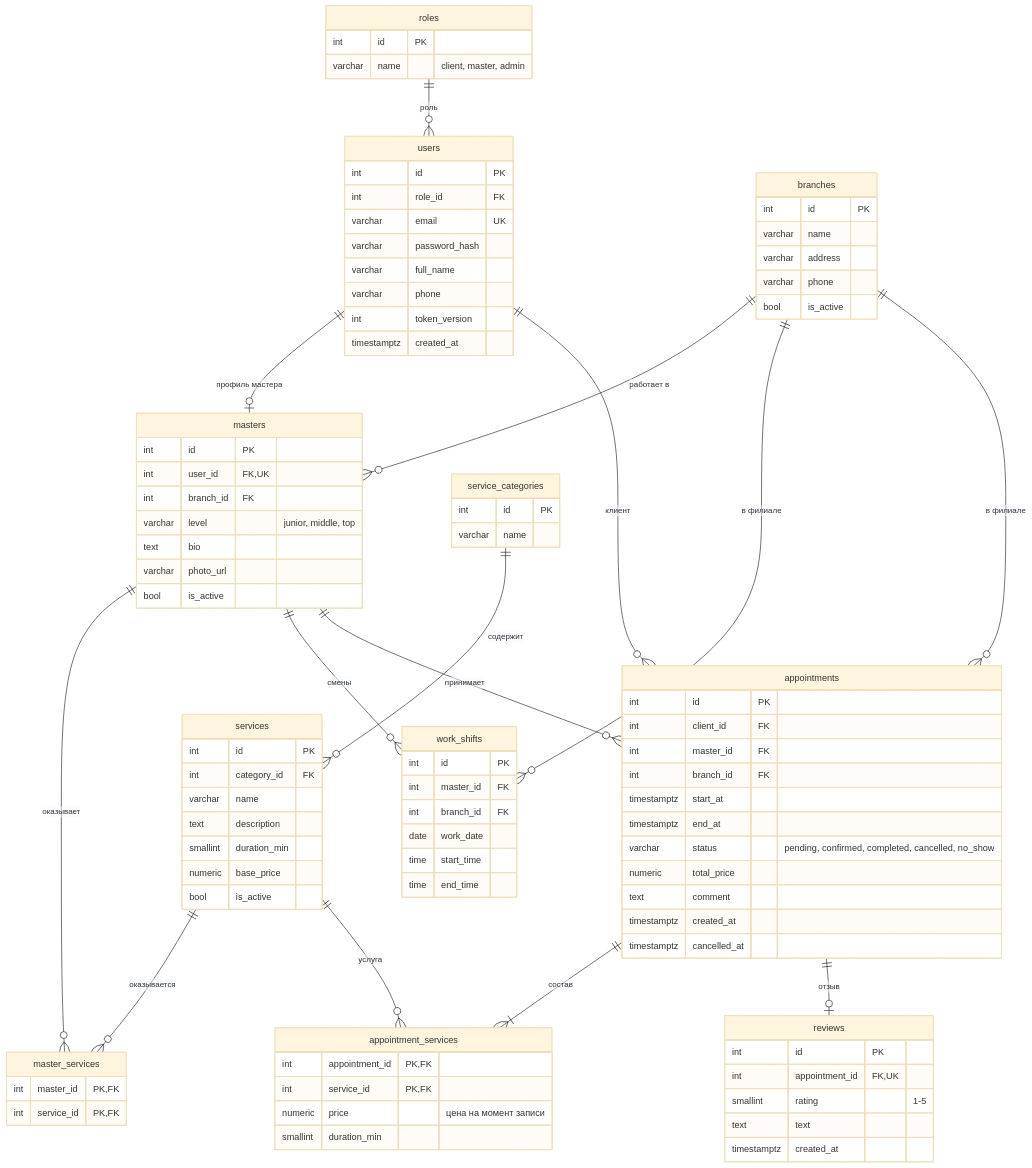
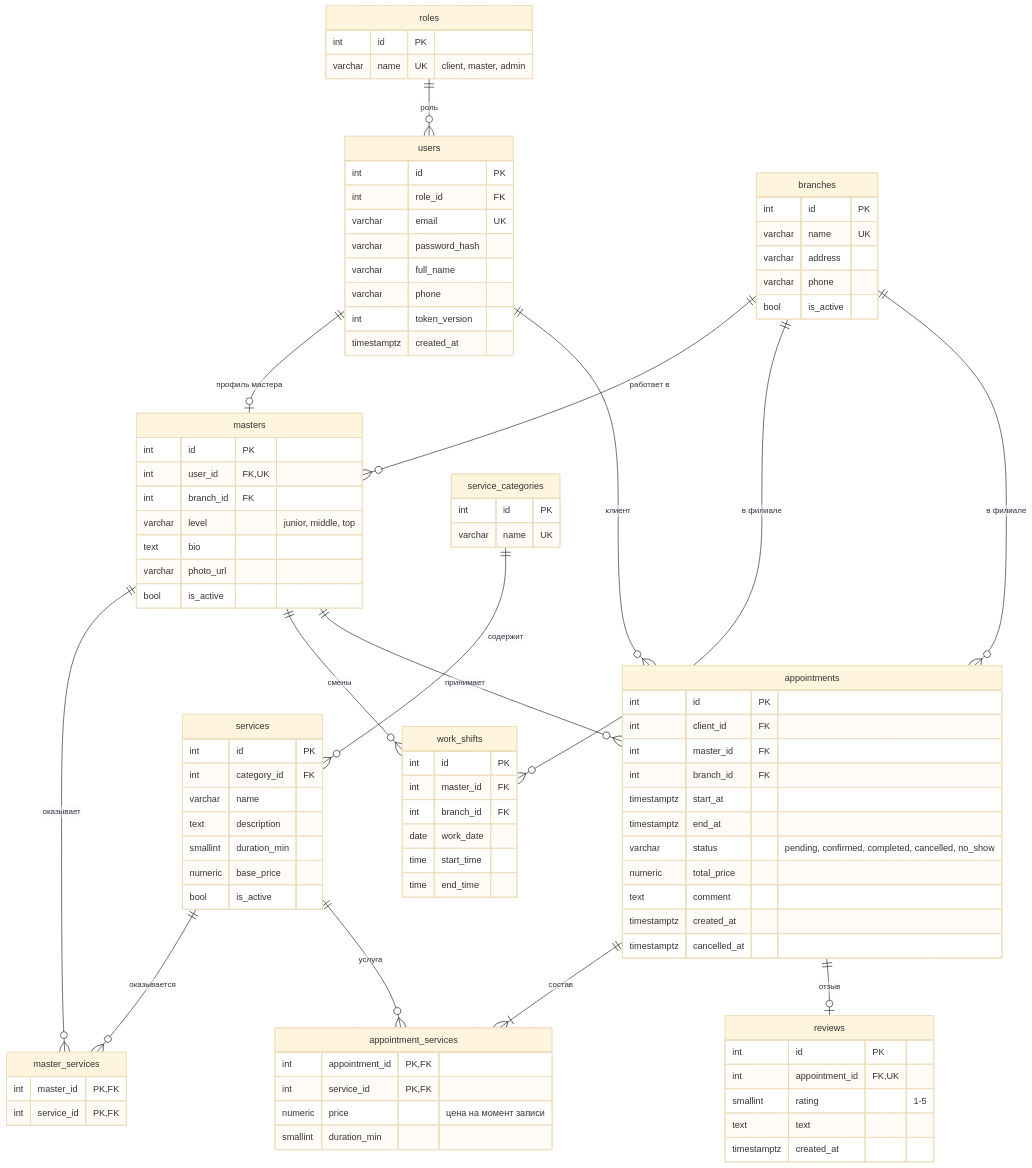
The first of 4 diagrams in readme.md (vaar38/barbershop), drawn with Mermaid (base theme) before and after one commit. The commit also changed 11 other files, not shown here.

```diff
--- a/readme.md
+++ b/readme.md
@@ -106,7 +106,7 @@
 
     roles {
         int id PK
-        varchar name "client, master, admin"
+        varchar name UK "client, master, admin"
     }
     users {
         int id PK
@@ -120,7 +120,7 @@
     }
     branches {
         int id PK
-        varchar name
+        varchar name UK
         varchar address
         varchar phone
         bool is_active
@@ -136,7 +136,7 @@
     }
     service_categories {
         int id PK
-        varchar name
+        varchar name UK
     }
     services {
         int id PK
```
